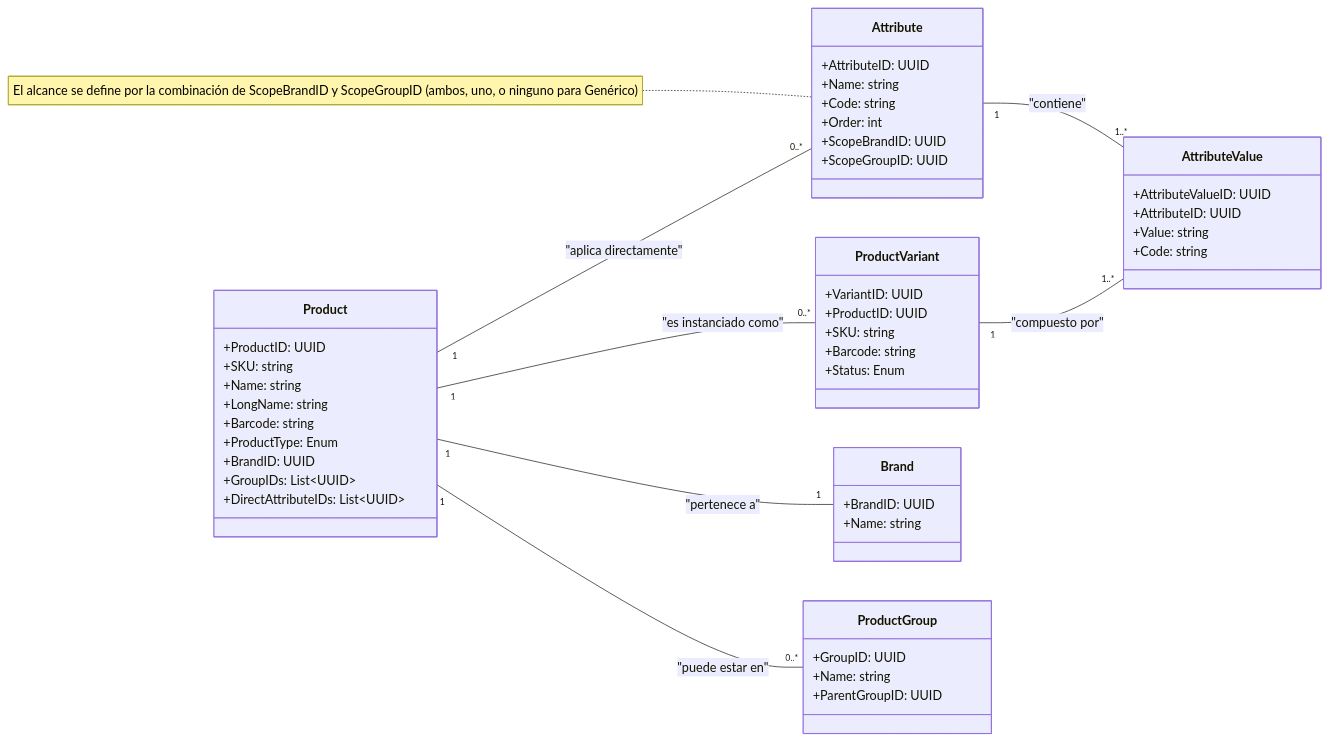
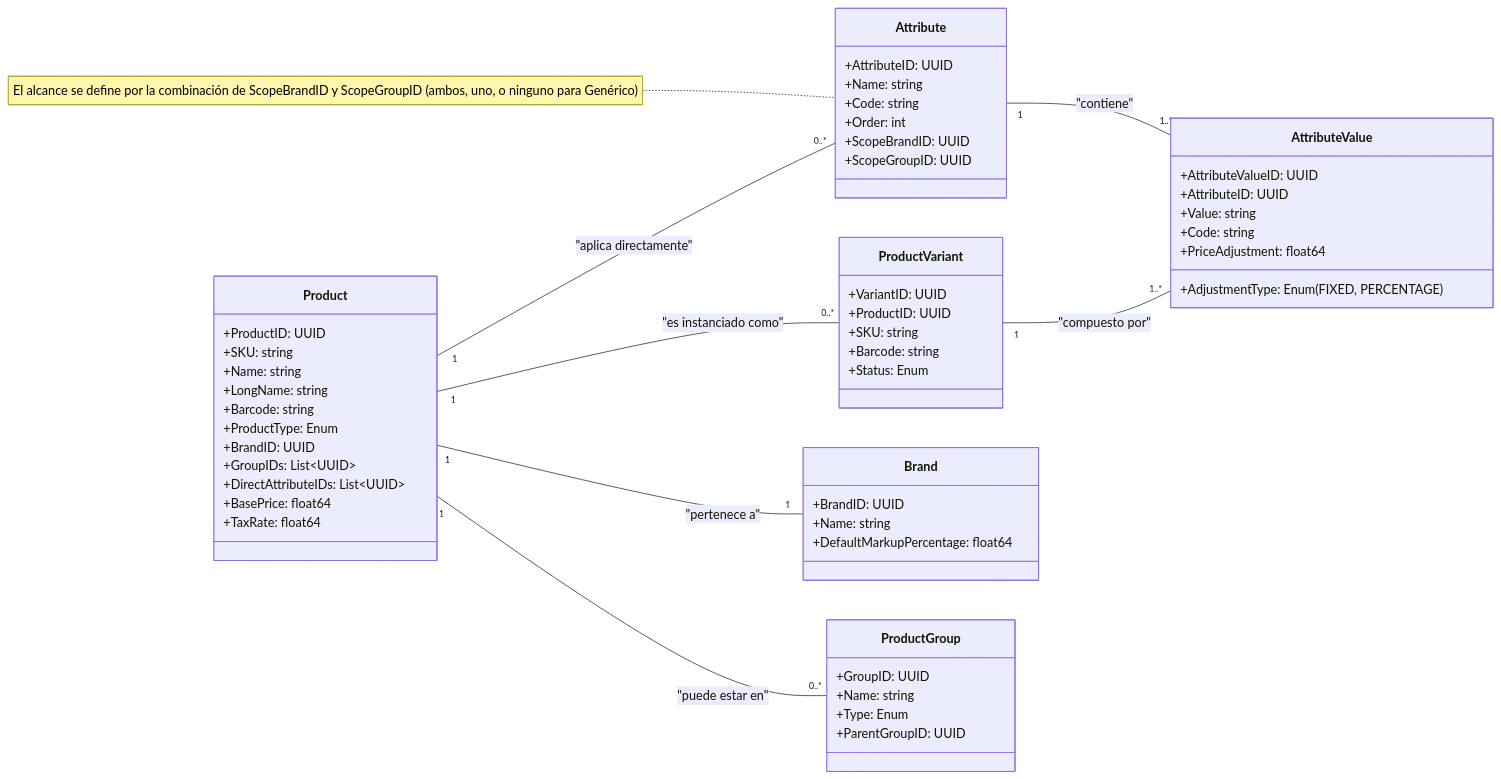
One commit to jorgecvzc/TramaTex changed the first of 3 diagrams in docs/modules/product/diagrams/detailed-domain-models.md. Above: the diagram before and after it, drawn with Mermaid. The commit also changed 145 other files, not shown here.

````diff
--- a/docs/modules/product/diagrams/detailed-domain-models.md
+++ b/docs/modules/product/diagrams/detailed-domain-models.md
@@ -14,61 +14,67 @@
 ```mermaid
 classDiagram
     direction LR
 
     class Product {
         +ProductID: UUID
         +SKU: string
         +Name: string
         +LongName: string
         +Barcode: string
         +ProductType: Enum
         +BrandID: UUID
         +GroupIDs: List~UUID~
         +DirectAttributeIDs: List~UUID~
+        +BasePrice: float64
+        +TaxRate: float64
     }
 
     class Attribute {
         +AttributeID: UUID
         +Name: string
         +Code: string
         +Order: int
         +ScopeBrandID: UUID
         +ScopeGroupID: UUID
     }
 
     class AttributeValue {
         +AttributeValueID: UUID
         +AttributeID: UUID
         +Value: string
         +Code: string
+        +PriceAdjustment: float64
+        +AdjustmentType: Enum (FIXED, PERCENTAGE)
     }
 
     class ProductVariant {
         +VariantID: UUID
         +ProductID: UUID
         +SKU: string
         +Barcode: string
         +Status: Enum
     }
 
     class Brand {
         +BrandID: UUID
         +Name: string
+        +DefaultMarkupPercentage: float64
     }
 
     class ProductGroup {
         +GroupID: UUID
         +Name: string
+        +Type: Enum
         +ParentGroupID: UUID
     }
 
     Product "1" -- "0..*" ProductVariant : "es instanciado como"
     Product "1" -- "0..*" Attribute : "aplica directamente"
     Product "1" -- "1" Brand : "pertenece a"
     Product "1" -- "0..*" ProductGroup : "puede estar en"
     
     Attribute "1" -- "1..*" AttributeValue : "contiene"
     ProductVariant "1" -- "1..*" AttributeValue: "compuesto por"
 
     note for Attribute "El alcance se define por la combinación de ScopeBrandID y ScopeGroupID (ambos, uno, o ninguno para Genérico)"
 ```
````
